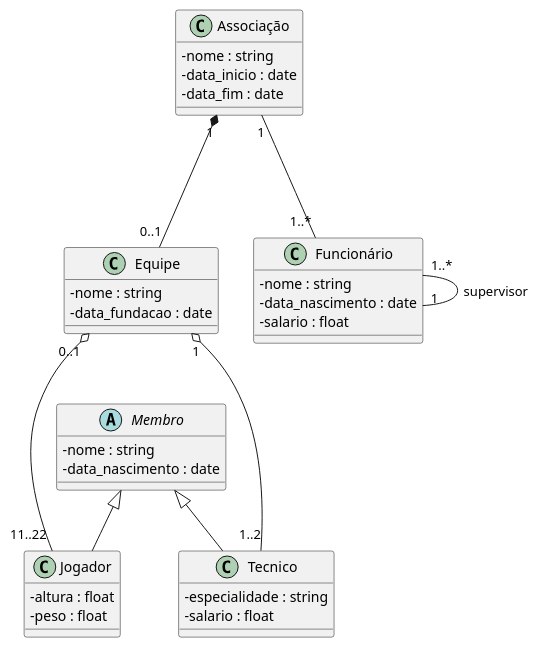
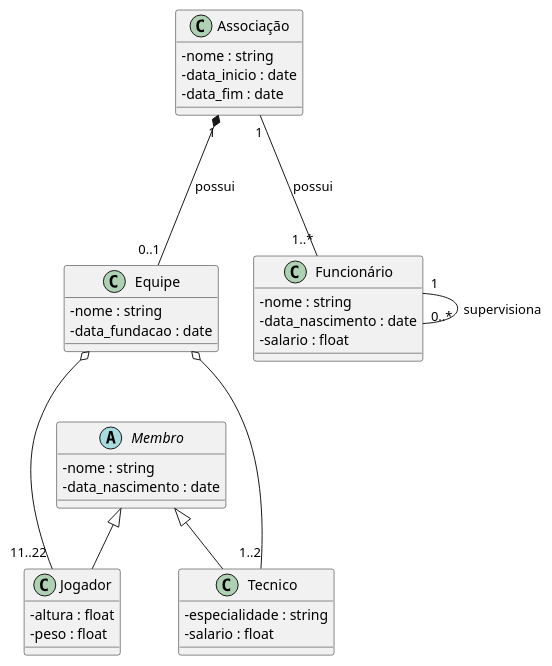
Before and after one commit to maxwellamaral/maxwellamaral.github.io: the diagram in docs/assets/puml/uml_class11.puml, drawn with PlantUML. The commit also changed 2 other files, not shown here.

```diff
--- a/docs/assets/puml/uml_class11.puml
+++ b/docs/assets/puml/uml_class11.puml
@@ -1,49 +1,49 @@
 @startuml
 
 ' left to right direction
 skinparam classAttributeIconSize 0
 
 class Associação {
     - nome : string
     - data_inicio : date
     - data_fim : date
 }
 
 class Funcionário {
     - nome : string
     - data_nascimento : date
     - salario : float
 }
 
 abstract class Membro {
     - nome : string
     - data_nascimento : date
 }
 
 class Jogador {
     - altura : float
     - peso : float
 }
 
 class Tecnico {
     - especialidade : string
     - salario : float
 }
 
 class Equipe {
     - nome : string
     - data_fundacao : date    
 }
 
 Membro <|-- Jogador
 Membro <|-- Tecnico
 
-Equipe "0..1" -up--* "1" Associação
+Equipe "0..1" -up--* "1" Associação : possui
 
-Jogador "11..22" -up--o "0..1" Equipe
-Tecnico "1..2" -up--o "1" Equipe
+Jogador "11..22" -up--o Equipe
+Tecnico "1..2" -up--o Equipe
 
-Funcionário "1..*" -up-- "1" Associação
-Funcionário "1..*" -- "1" Funcionário : supervisor
+Funcionário "1..*" -up-- "1" Associação : possui
+Funcionário "1" -- "0..*" Funcionário : supervisiona
 
 @enduml
```
